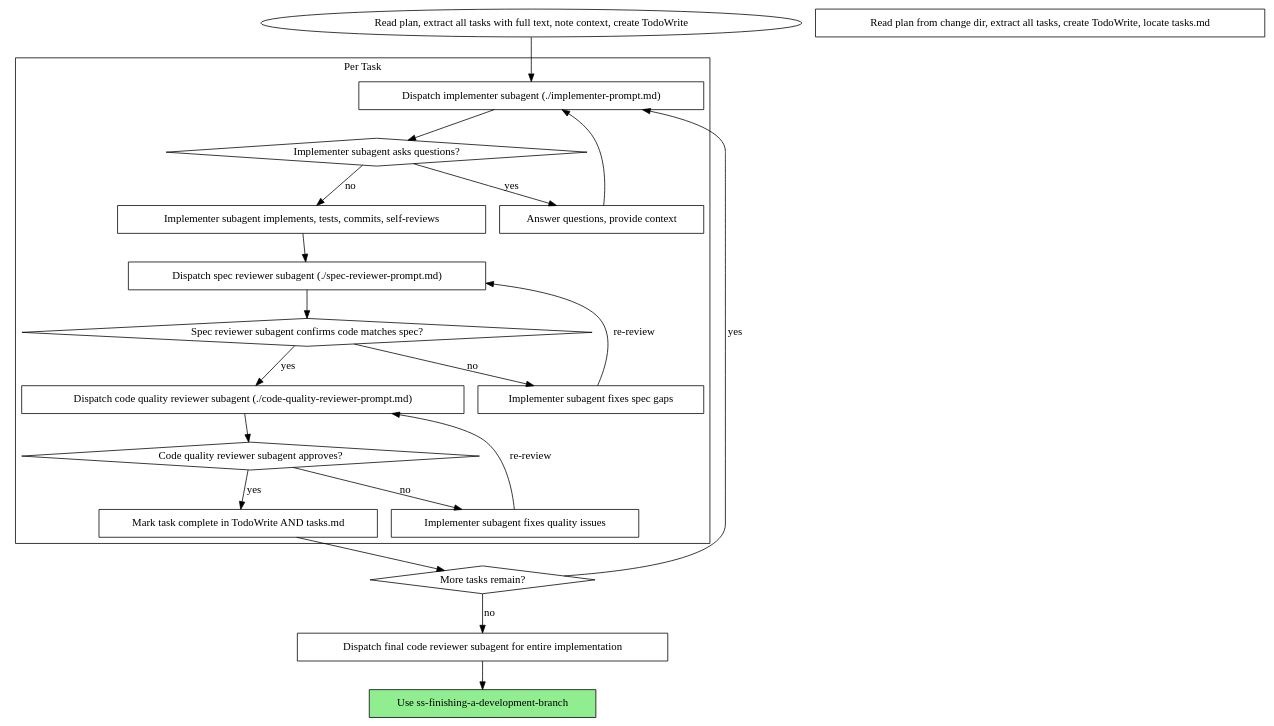
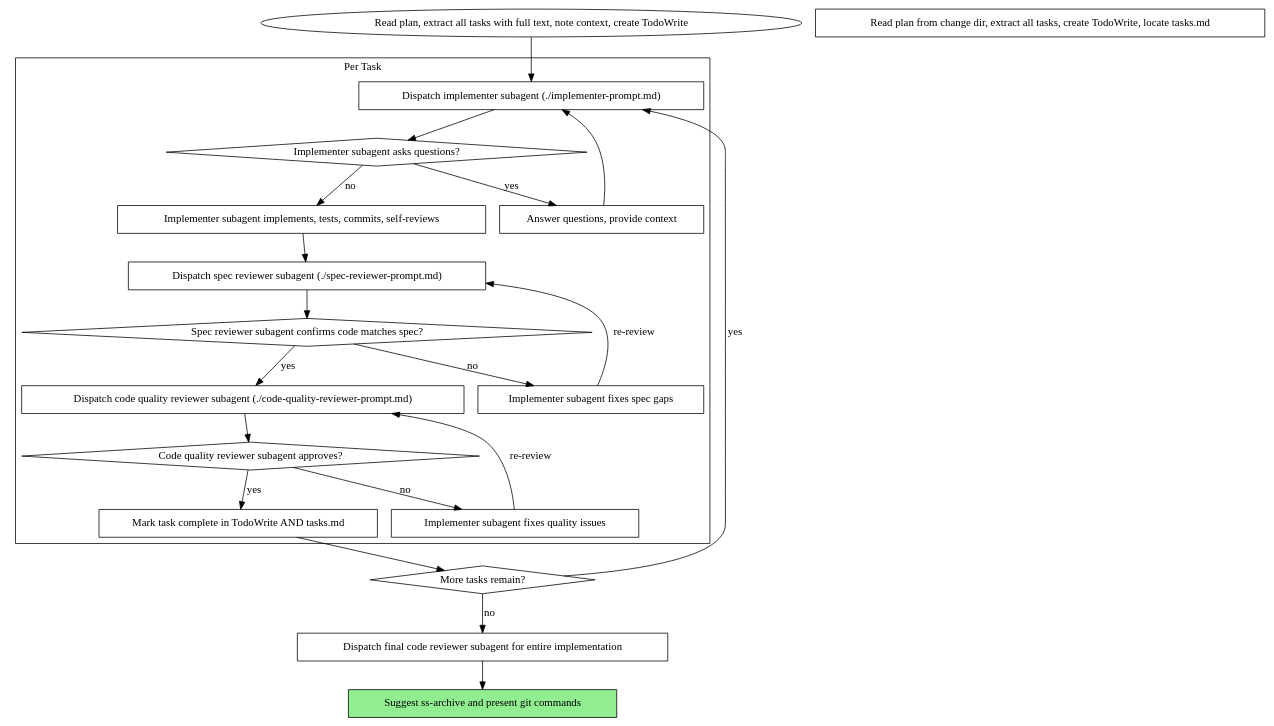
Before and after one commit to CoyoteLeo/superspec: the second of 2 diagrams in skills/ss-subagent-driven-development/SKILL.md, drawn with Graphviz. The commit also changed other lines of this file and 5 other files, not shown here.

First line of the commit message:
refactor: remove ss-finishing-a-development-branch and ss-using-git-worktrees

````diff
--- a/skills/ss-subagent-driven-development/SKILL.md
+++ b/skills/ss-subagent-driven-development/SKILL.md
@@ -46,44 +46,44 @@
 ```dot
 digraph process {
     rankdir=TB;
 
     subgraph cluster_per_task {
         label="Per Task";
         "Dispatch implementer subagent (./implementer-prompt.md)" [shape=box];
         "Implementer subagent asks questions?" [shape=diamond];
         "Answer questions, provide context" [shape=box];
         "Implementer subagent implements, tests, commits, self-reviews" [shape=box];
         "Dispatch spec reviewer subagent (./spec-reviewer-prompt.md)" [shape=box];
         "Spec reviewer subagent confirms code matches spec?" [shape=diamond];
         "Implementer subagent fixes spec gaps" [shape=box];
         "Dispatch code quality reviewer subagent (./code-quality-reviewer-prompt.md)" [shape=box];
         "Code quality reviewer subagent approves?" [shape=diamond];
         "Implementer subagent fixes quality issues" [shape=box];
         "Mark task complete in TodoWrite AND tasks.md" [shape=box];
     }
 
     "Read plan from change dir, extract all tasks, create TodoWrite, locate tasks.md" [shape=box];
     "More tasks remain?" [shape=diamond];
     "Dispatch final code reviewer subagent for entire implementation" [shape=box];
-    "Use ss-finishing-a-development-branch" [shape=box style=filled fillcolor=lightgreen];
+    "Suggest ss-archive and present git commands" [shape=box style=filled fillcolor=lightgreen];
 
     "Read plan, extract all tasks with full text, note context, create TodoWrite" -> "Dispatch implementer subagent (./implementer-prompt.md)";
     "Dispatch implementer subagent (./implementer-prompt.md)" -> "Implementer subagent asks questions?";
     "Implementer subagent asks questions?" -> "Answer questions, provide context" [label="yes"];
     "Answer questions, provide context" -> "Dispatch implementer subagent (./implementer-prompt.md)";
     "Implementer subagent asks questions?" -> "Implementer subagent implements, tests, commits, self-reviews" [label="no"];
     "Implementer subagent implements, tests, commits, self-reviews" -> "Dispatch spec reviewer subagent (./spec-reviewer-prompt.md)";
     "Dispatch spec reviewer subagent (./spec-reviewer-prompt.md)" -> "Spec reviewer subagent confirms code matches spec?";
     "Spec reviewer subagent confirms code matches spec?" -> "Implementer subagent fixes spec gaps" [label="no"];
     "Implementer subagent fixes spec gaps" -> "Dispatch spec reviewer subagent (./spec-reviewer-prompt.md)" [label="re-review"];
     "Spec reviewer subagent confirms code matches spec?" -> "Dispatch code quality reviewer subagent (./code-quality-reviewer-prompt.md)" [label="yes"];
     "Dispatch code quality reviewer subagent (./code-quality-reviewer-prompt.md)" -> "Code quality reviewer subagent approves?";
     "Code quality reviewer subagent approves?" -> "Implementer subagent fixes quality issues" [label="no"];
     "Implementer subagent fixes quality issues" -> "Dispatch code quality reviewer subagent (./code-quality-reviewer-prompt.md)" [label="re-review"];
     "Code quality reviewer subagent approves?" -> "Mark task complete in TodoWrite AND tasks.md" [label="yes"];
     "Mark task complete in TodoWrite AND tasks.md" -> "More tasks remain?";
     "More tasks remain?" -> "Dispatch implementer subagent (./implementer-prompt.md)" [label="yes"];
     "More tasks remain?" -> "Dispatch final code reviewer subagent for entire implementation" [label="no"];
-    "Dispatch final code reviewer subagent for entire implementation" -> "Use ss-finishing-a-development-branch";
+    "Dispatch final code reviewer subagent for entire implementation" -> "Suggest ss-archive and present git commands";
 }
 ```
````
